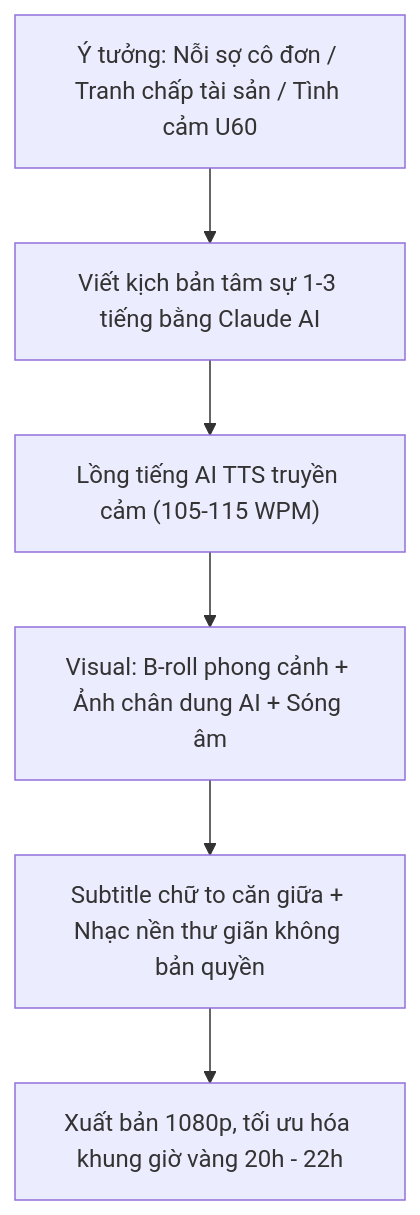
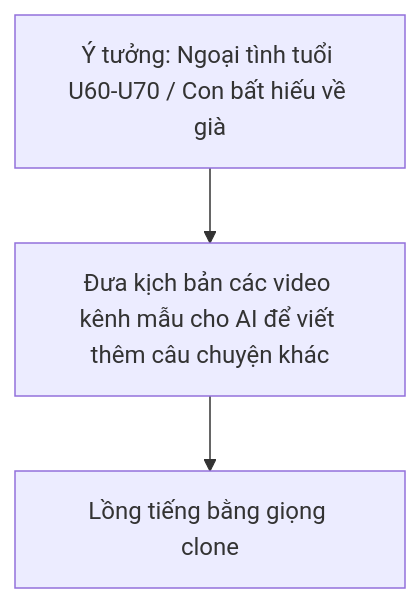
The diagram in assets/docs/VIDEO-0be6c9/SOP-NGACH-NGUOI-CAO-TUOI-TAM-SU-GIA-DINH-VIET-NAM.md (henyeu247-max/h2dev-project), drawn with Mermaid before and after one commit. The commit also changed other lines of this file and 78 other files, not shown here.

Commit message:
Neo 67 SOP .md vào nguồn từng video, siết gate công cụ ASR, thêm check-grounding-md (đợt 12)

````diff
--- a/assets/docs/VIDEO-0be6c9/SOP-NGACH-NGUOI-CAO-TUOI-TAM-SU-GIA-DINH-VIET-NAM.md
+++ b/assets/docs/VIDEO-0be6c9/SOP-NGACH-NGUOI-CAO-TUOI-TAM-SU-GIA-DINH-VIET-NAM.md
@@ -36,8 +23,5 @@
 ```mermaid
 flowchart TD
-    A["Ý tưởng: Nỗi sợ cô đơn / Tranh chấp tài sản / Tình cảm U60"] --> B["Viết kịch bản tâm sự 1-3 tiếng bằng Claude AI"]
-    B --> C["Lồng tiếng AI TTS truyền cảm (105-115 WPM)"]
-    C --> D["Visual: B-roll phong cảnh + Ảnh chân dung AI + Sóng âm"]
-    D --> E["Subtitle chữ to căn giữa + Nhạc nền thư giãn không bản quyền"]
-    E --> F["Xuất bản 1080p, tối ưu hóa khung giờ vàng 20h - 22h"]
+    A["Ý tưởng: Ngoại tình tuổi U60-U70 / Con bất hiếu về già"] --> B["Đưa kịch bản các video kênh mẫu cho AI để viết thêm câu chuyện khác"]
+    B --> C["Lồng tiếng bằng giọng clone"]
 ```
````
